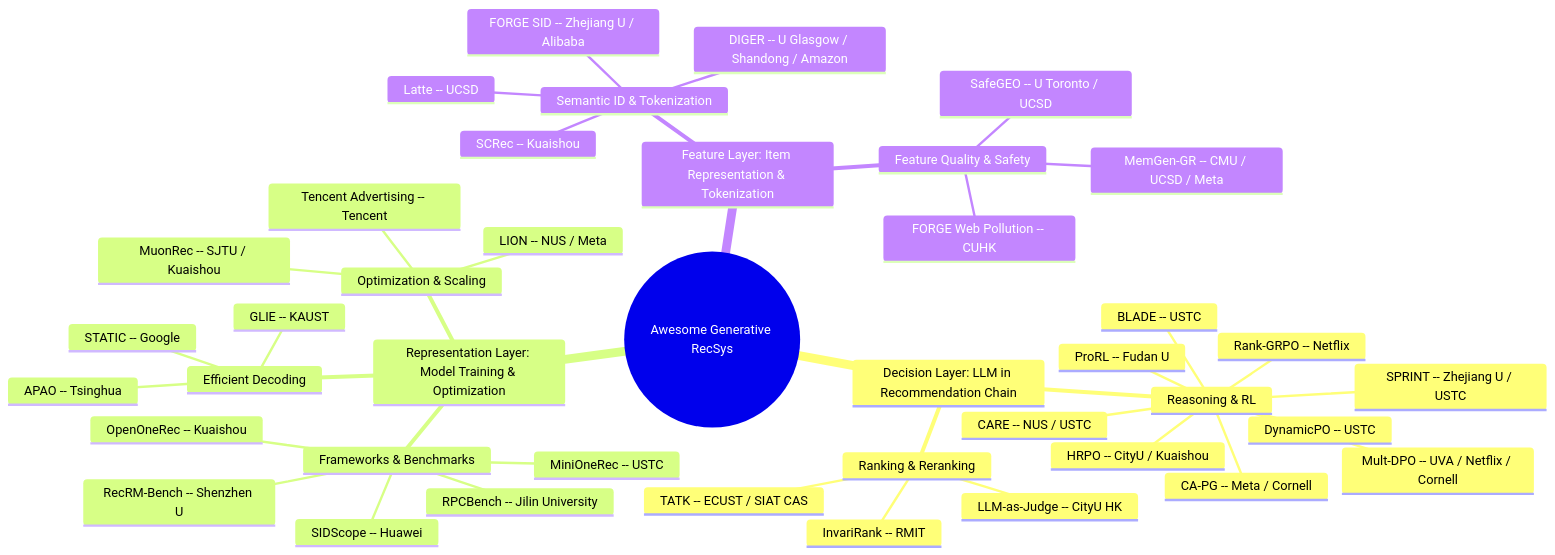
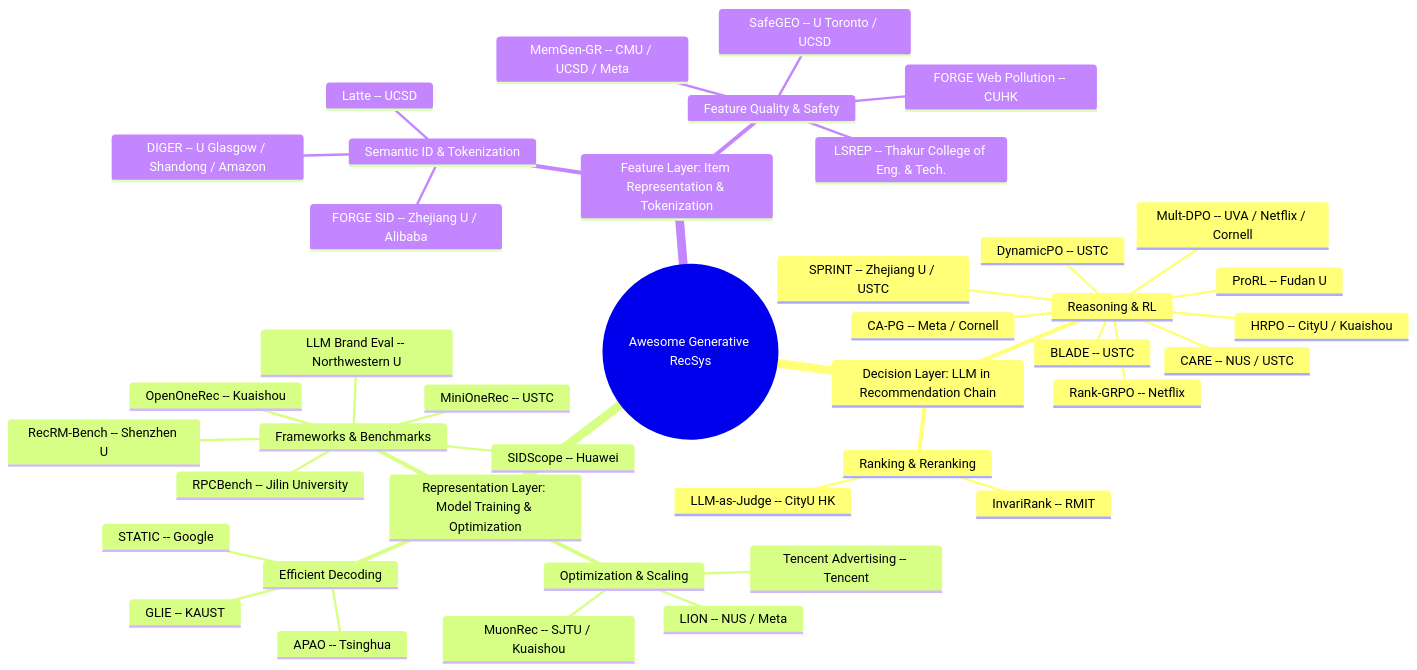
Before and after one commit to HaFred/awesome-generative-recsys: the diagram in README.md, drawn with Mermaid. The commit also changed other lines of this file and 3 other files, not shown here.

````diff
--- a/README.md
+++ b/README.md
@@ -30,44 +30,44 @@
 ```mermaid
 mindmap
   root((Awesome Generative RecSys))
     Decision Layer: LLM in Recommendation Chain
       Reasoning & RL
         Rank-GRPO -- Netflix
         DynamicPO -- USTC
         BLADE -- USTC
         SPRINT -- Zhejiang U / USTC
         CARE -- NUS / USTC
         HRPO -- CityU / Kuaishou
         Mult-DPO -- UVA / Netflix / Cornell
         CA-PG -- Meta / Cornell
         ProRL -- Fudan U
       Ranking & Reranking
         InvariRank -- RMIT
         LLM-as-Judge -- CityU HK
-        TATK -- ECUST / SIAT CAS
     Representation Layer: Model Training & Optimization
       Frameworks & Benchmarks
         MiniOneRec -- USTC
         OpenOneRec -- Kuaishou
         RecRM-Bench -- Shenzhen U
         SIDScope -- Huawei
         RPCBench -- Jilin University
+        LLM Brand Eval -- Northwestern U
       Efficient Decoding
         STATIC -- Google
         APAO -- Tsinghua
         GLIE -- KAUST
       Optimization & Scaling
         MuonRec -- SJTU / Kuaishou
         Tencent Advertising -- Tencent
         LION -- NUS / Meta
     Feature Layer: Item Representation & Tokenization
       Semantic ID & Tokenization
         Latte -- UCSD
         FORGE SID -- Zhejiang U / Alibaba
         DIGER -- U Glasgow / Shandong / Amazon
-        SCRec -- Kuaishou
       Feature Quality & Safety
         SafeGEO -- U Toronto / UCSD
         MemGen-GR -- CMU / UCSD / Meta
         FORGE Web Pollution -- CUHK
+        LSREP -- Thakur College of Eng. & Tech.
 ```
````
